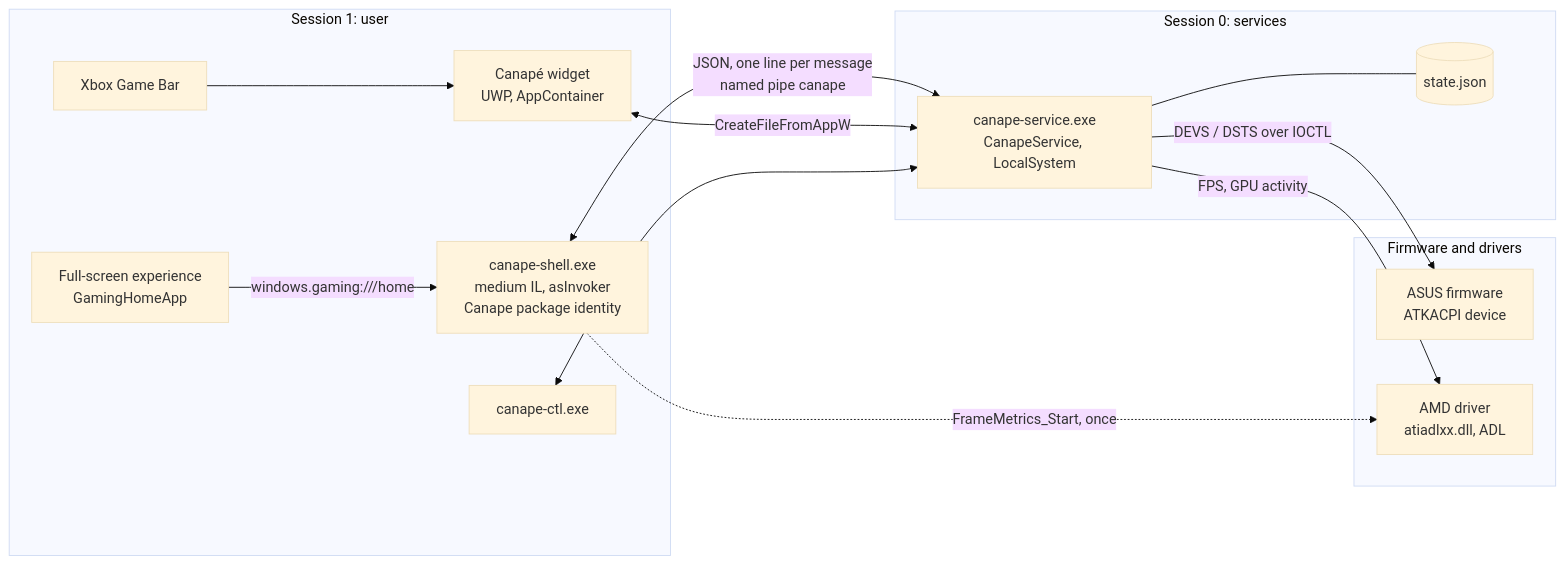
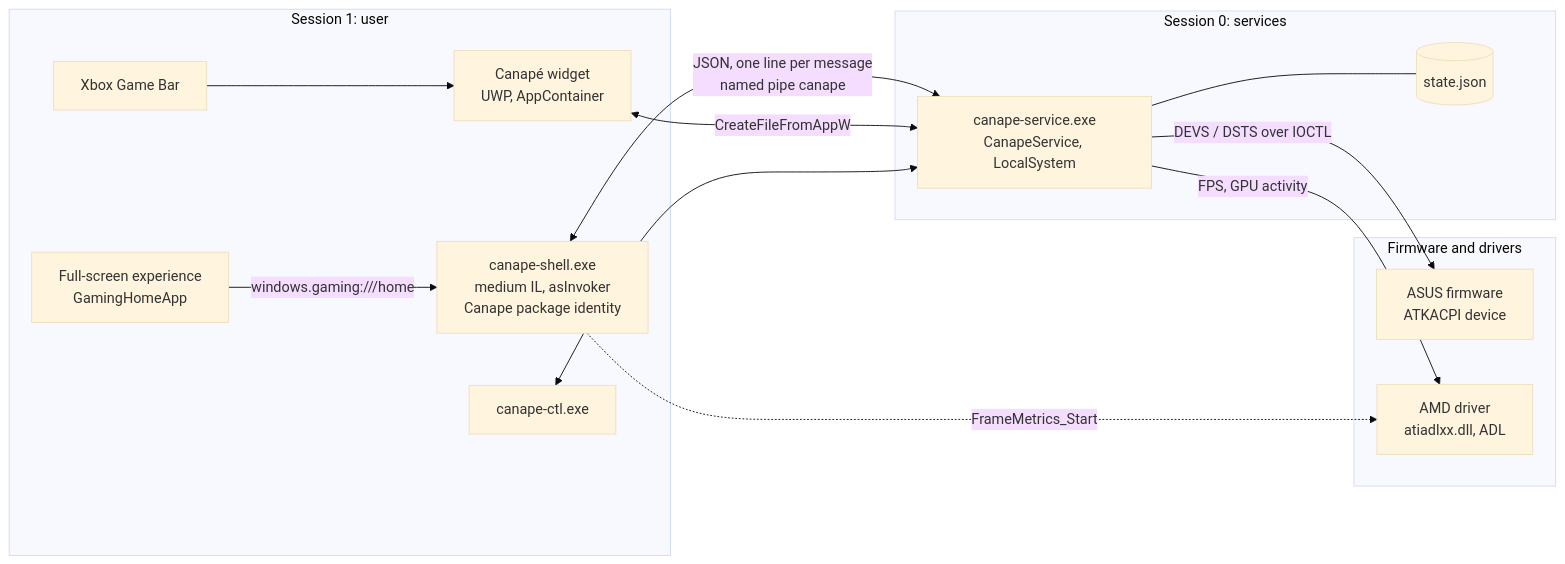
Before and after one commit to pierregouedar/canape: the first of 5 diagrams in docs/developer-guide.en.md, drawn with Mermaid (base theme). The commit also changed other lines of this file and 4 other files, not shown here.

First line of the commit message:
Shell: start the driver's frame metrics again when a game has none

````diff
--- a/docs/developer-guide.en.md
+++ b/docs/developer-guide.en.md
@@ -41,27 +41,27 @@
 ```mermaid
 flowchart LR
     subgraph S1["Session 1: user"]
         FSE["Full-screen experience<br/>GamingHomeApp"]
         GB["Xbox Game Bar"]
         SHELL["canape-shell.exe<br/>medium IL, asInvoker<br/>Canape package identity"]
         WIDGET["Canapé widget<br/>UWP, AppContainer"]
         CTL["canape-ctl.exe"]
     end
     subgraph S0["Session 0: services"]
         SVC["canape-service.exe<br/>CanapeService, LocalSystem"]
         STATE[("state.json")]
     end
     subgraph HW["Firmware and drivers"]
         ATK["ASUS firmware<br/>ATKACPI device"]
         ADL["AMD driver<br/>atiadlxx.dll, ADL"]
     end
     FSE -->|"windows.gaming:///home"| SHELL
     GB --> WIDGET
     SHELL <-->|"JSON, one line per message<br/>named pipe canape"| SVC
     WIDGET <-->|"CreateFileFromAppW"| SVC
     CTL <--> SVC
-    SHELL -.->|"FrameMetrics_Start, once"| ADL
+    SHELL -.->|"FrameMetrics_Start"| ADL
     SVC -->|"DEVS / DSTS over IOCTL"| ATK
     SVC -->|"FPS, GPU activity"| ADL
     SVC --- STATE
 ```
````
